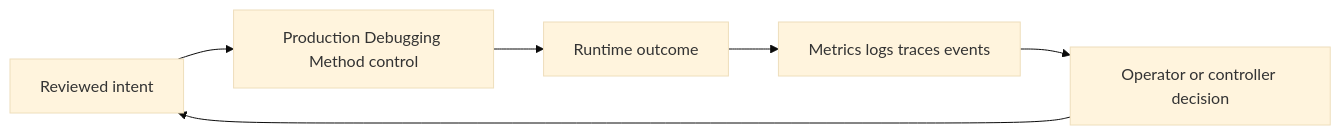
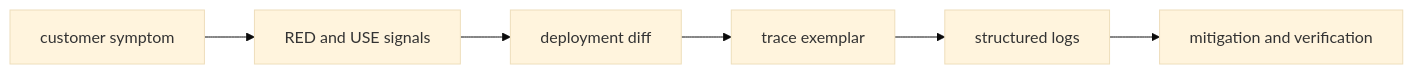
The diagram in docs/study/observability/05-production-debugging-method.md (m1mohamad/devops-sre-prep), drawn with Mermaid (base theme) before and after one commit. The commit also changed other lines of this file and 61 other files, not shown here.

Commit message:
Replace generic architecture and study templates

````diff
--- a/docs/study/observability/05-production-debugging-method.md
+++ b/docs/study/observability/05-production-debugging-method.md
@@ -20,8 +15,4 @@
 ```mermaid
 flowchart LR
-  Intent[Reviewed intent] --> Control[Production Debugging Method control]
-  Control --> Runtime[Runtime outcome]
-  Runtime --> Signals[Metrics logs traces events]
-  Signals --> Decision[Operator or controller decision]
-  Decision --> Intent
+  N0[customer symptom] --> N1[RED and USE signals] --> N2[deployment diff] --> N3[trace exemplar] --> N4[structured logs] --> N5[mitigation and verification]
 ```
````
